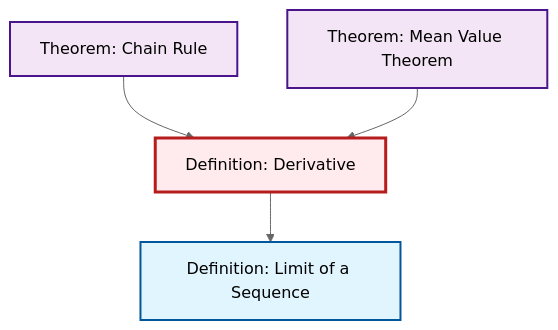
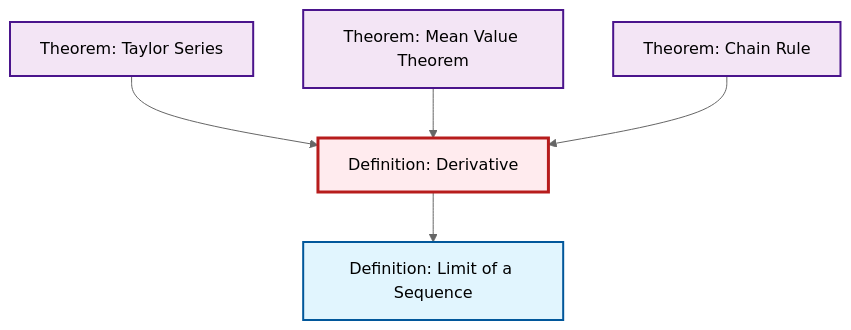
Before and after one commit to RK0429/ModernMath: the second of 2 diagrams in content/en/analysis/def-derivative.qmd, drawn with Mermaid (neutral theme). The commit also changed 497 other files, not shown here.

````diff
--- a/content/en/analysis/def-derivative.qmd
+++ b/content/en/analysis/def-derivative.qmd
@@ -82,20 +82,23 @@
 ```{mermaid}
 %%| fig-cap: "Local dependency graph"
 graph TD
     classDef definition fill:#e1f5fe,stroke:#01579b,stroke-width:2px
     classDef theorem fill:#f3e5f5,stroke:#4a148c,stroke-width:2px
     classDef axiom fill:#fff3e0,stroke:#e65100,stroke-width:2px
     classDef example fill:#e8f5e9,stroke:#1b5e20,stroke-width:2px
     classDef current fill:#ffebee,stroke:#b71c1c,stroke-width:3px
     def-limit["Definition: Limit of a Sequence"]:::definition
+    thm-mean-value["Theorem: Mean Value Theorem"]:::theorem
     def-derivative["Definition: Derivative"]:::definition
     thm-chain-rule["Theorem: Chain Rule"]:::theorem
-    thm-mean-value["Theorem: Mean Value Theorem"]:::theorem
+    thm-taylor-series["Theorem: Taylor Series"]:::theorem
+    thm-taylor-series --> def-derivative
+    thm-mean-value --> def-derivative
+    thm-chain-rule --> def-derivative
     def-derivative --> def-limit
-    thm-chain-rule --> def-derivative
-    thm-mean-value --> def-derivative
     class def-derivative current
     click def-limit "def-limit.html" "Go to Limit of a Sequence definition"
+    click thm-mean-value "thm-mean-value.html" "Go to Mean Value Theorem theorem"
     click thm-chain-rule "thm-chain-rule.html" "Go to Chain Rule theorem"
-    click thm-mean-value "thm-mean-value.html" "Go to Mean Value Theorem theorem"
+    click thm-taylor-series "thm-taylor-series.html" "Go to Taylor Series theorem"
 ```
````
